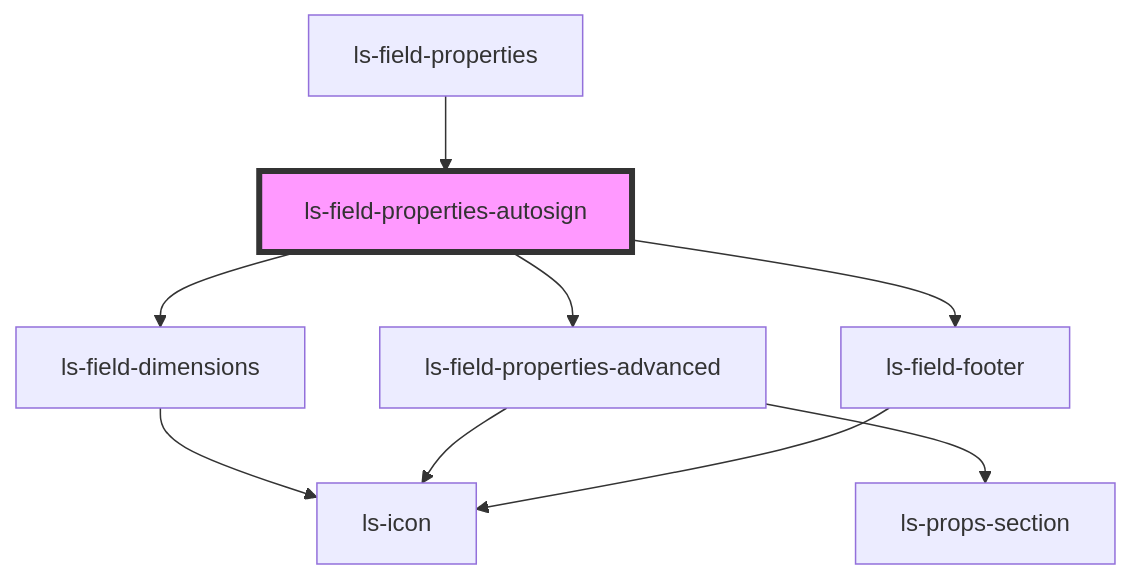
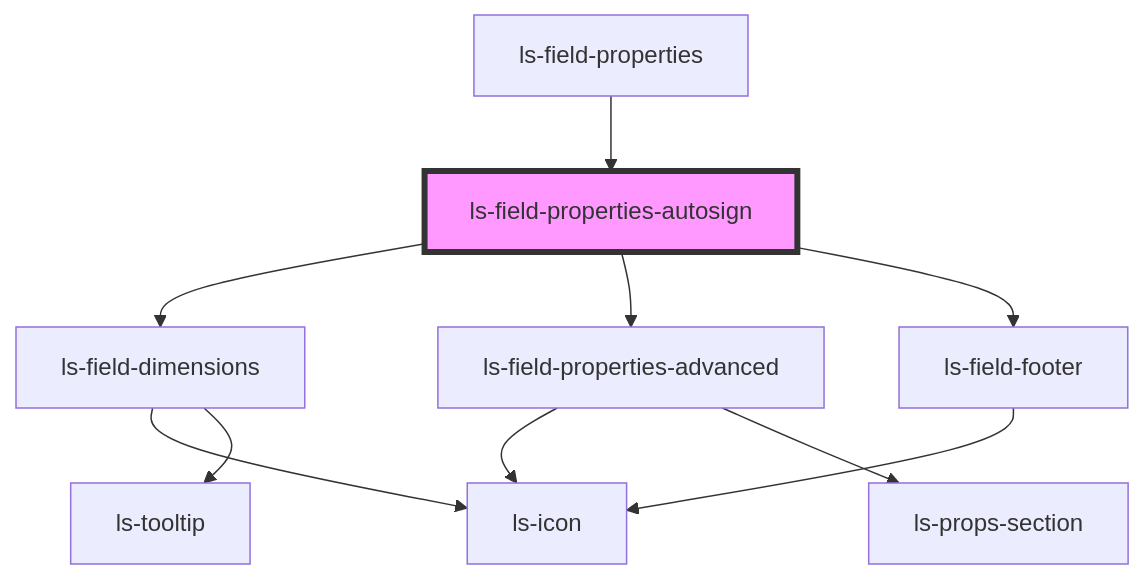
Before and after one commit to legalesign/ls-document-viewer: the diagram in src/components/ls-field-properties-autosign/readme.md, drawn with Mermaid. The commit also changed 34 other files, not shown here.

````diff
--- a/src/components/ls-field-properties-autosign/readme.md
+++ b/src/components/ls-field-properties-autosign/readme.md
@@ -28,12 +28,13 @@
 ```mermaid
 graph TD;
   ls-field-properties-autosign --> ls-field-dimensions
   ls-field-properties-autosign --> ls-field-properties-advanced
   ls-field-properties-autosign --> ls-field-footer
   ls-field-dimensions --> ls-icon
+  ls-field-dimensions --> ls-tooltip
   ls-field-properties-advanced --> ls-icon
   ls-field-properties-advanced --> ls-props-section
   ls-field-footer --> ls-icon
   ls-field-properties --> ls-field-properties-autosign
   style ls-field-properties-autosign fill:#f9f,stroke:#333,stroke-width:4px
 ```
````
